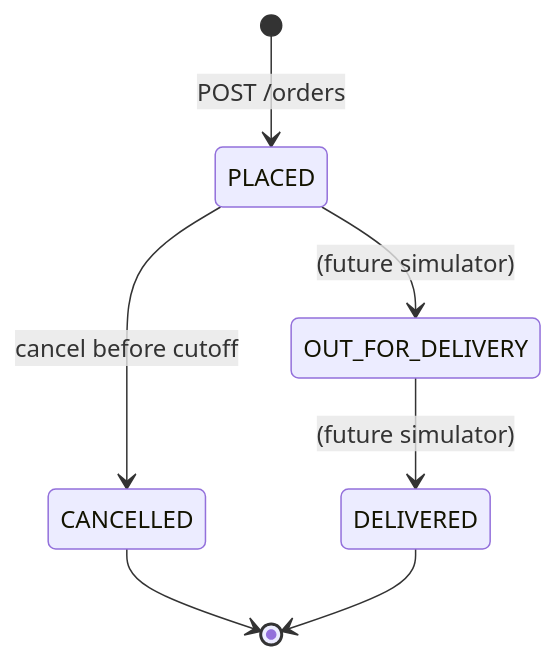
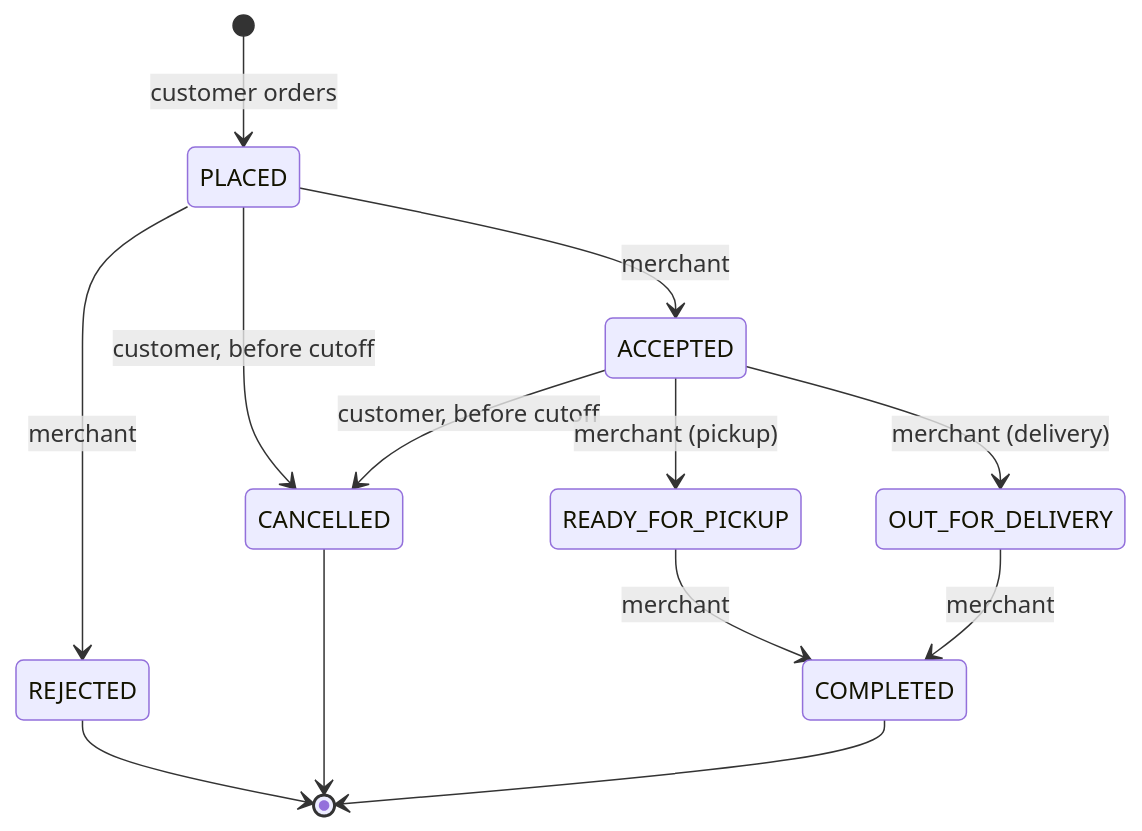
One commit to uptonext-org/dukkan changed the diagram in docs/architecture/diagrams/order-states.mmd. Above: the diagram before and after it, drawn with Mermaid. The commit also changed 15 other files, not shown here.

First line of the commit message:
docs: update architecture, API guide, setup, backlog and flows for the marketplace; add e2e-api CI job

```diff
--- a/docs/architecture/diagrams/order-states.mmd
+++ b/docs/architecture/diagrams/order-states.mmd
@@ -1,7 +1,13 @@
 stateDiagram-v2
-  [*] --> PLACED: POST /orders
-  PLACED --> CANCELLED: cancel before cutoff
-  PLACED --> OUT_FOR_DELIVERY: (future simulator)
-  OUT_FOR_DELIVERY --> DELIVERED: (future simulator)
+  [*] --> PLACED: customer orders
+  PLACED --> ACCEPTED: merchant
+  PLACED --> REJECTED: merchant
+  PLACED --> CANCELLED: customer, before cutoff
+  ACCEPTED --> CANCELLED: customer, before cutoff
+  ACCEPTED --> READY_FOR_PICKUP: merchant (pickup)
+  ACCEPTED --> OUT_FOR_DELIVERY: merchant (delivery)
+  READY_FOR_PICKUP --> COMPLETED: merchant
+  OUT_FOR_DELIVERY --> COMPLETED: merchant
+  REJECTED --> [*]
   CANCELLED --> [*]
-  DELIVERED --> [*]
+  COMPLETED --> [*]
```
